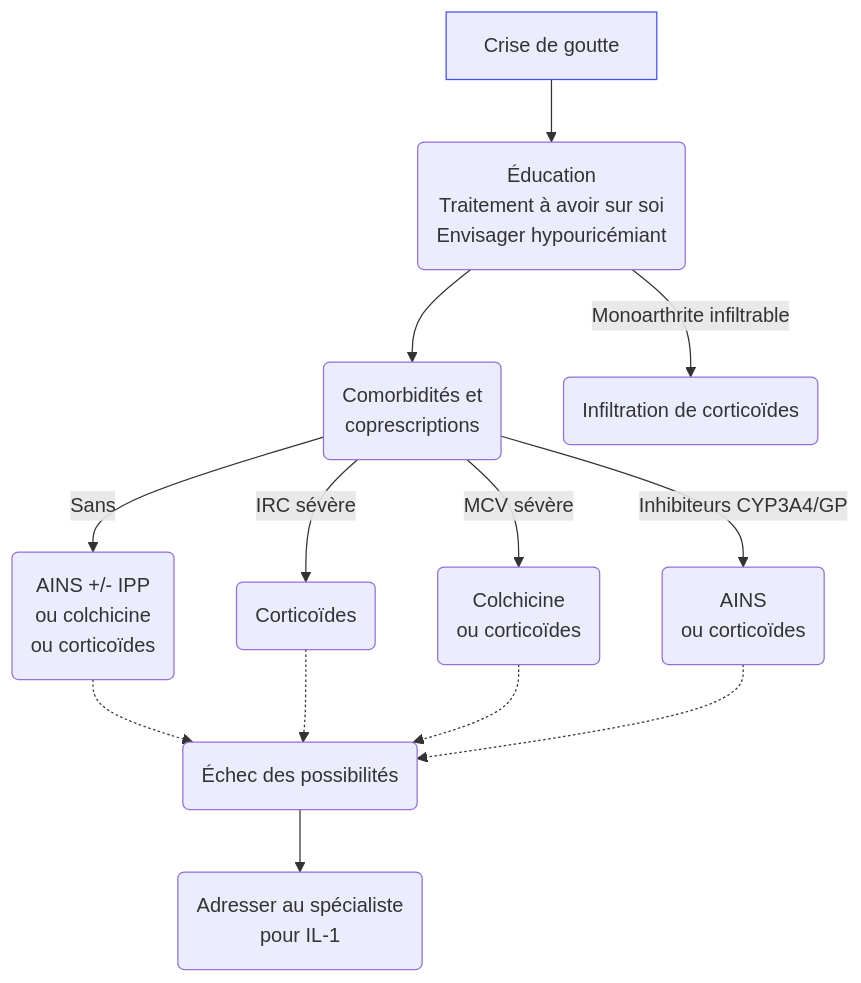
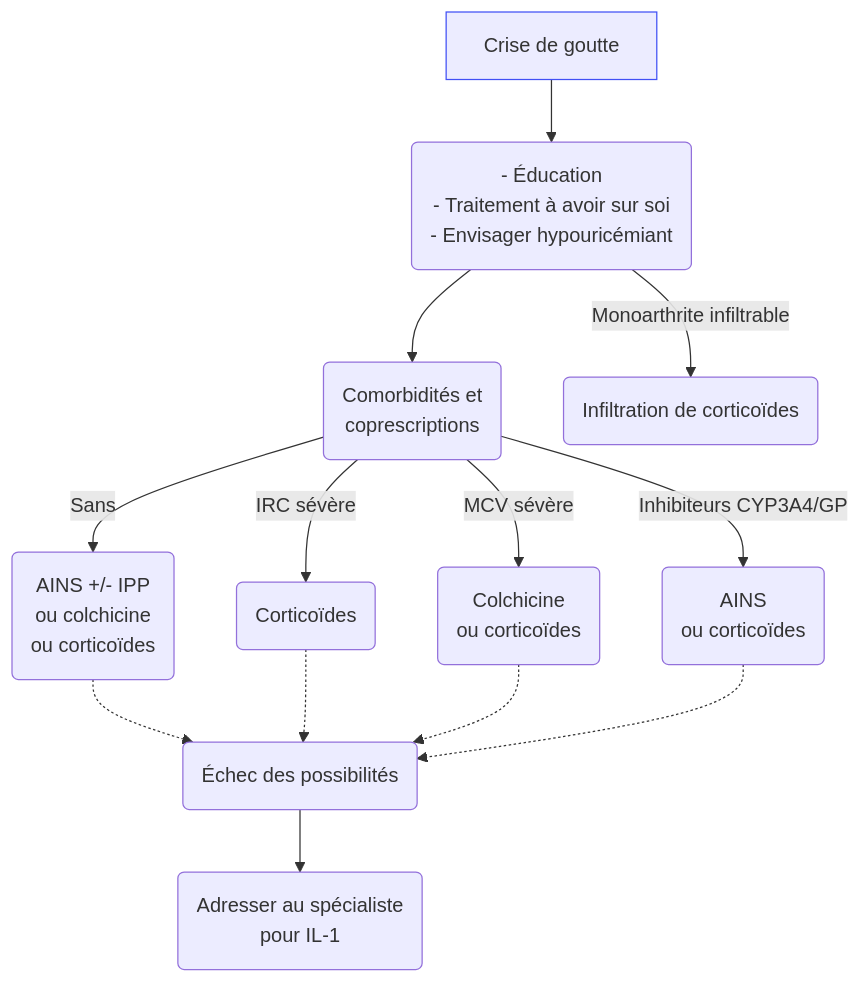
Before and after one commit to djibe/recommandations-medicales: the first of 2 diagrams in content/recommandations/goutte.md, drawn with Mermaid. The commit also changed other lines of this file and 2 other files, not shown here.

```diff
--- a/content/recommandations/goutte.md
+++ b/content/recommandations/goutte.md
@@ -318,12 +302,12 @@
 {{< mermaid title="Conduite à tenir thérapeutique devant une crise de goutte. Dr JB FRON d'après SFR 2020" >}}
 graph TB
-  crise[Crise de goutte] --> rhd("Éducation<br>Traitement à avoir sur soi<br>Envisager hypouricémiant")
+  crise[Crise de goutte] --> rhd("- Éducation<br>- Traitement à avoir sur soi<br>- Envisager hypouricémiant")
   style crise stroke:#4150f5, stroke-width:1px
     rhd --> comorbidites("Comorbidités et<br>coprescriptions")
       comorbidites -- Sans --> sans("AINS +/- IPP<br>ou colchicine<br>ou corticoïdes") .-> echec("Échec des possibilités")
       comorbidites -- IRC sévère --> irc(Corticoïdes) .-> echec
       comorbidites -- MCV sévère --> mcv(Colchicine<br>ou corticoïdes) .-> echec
       comorbidites -- Inhibiteurs CYP3A4/GP --> inh(AINS<br>ou corticoïdes) .-> echec
         echec --> spe(Adresser au spécialiste<br>pour IL-1)
     rhd -- Monoarthrite infiltrable --> infiltration(Infiltration de corticoïdes)
 {{< /mermaid >}}
```
